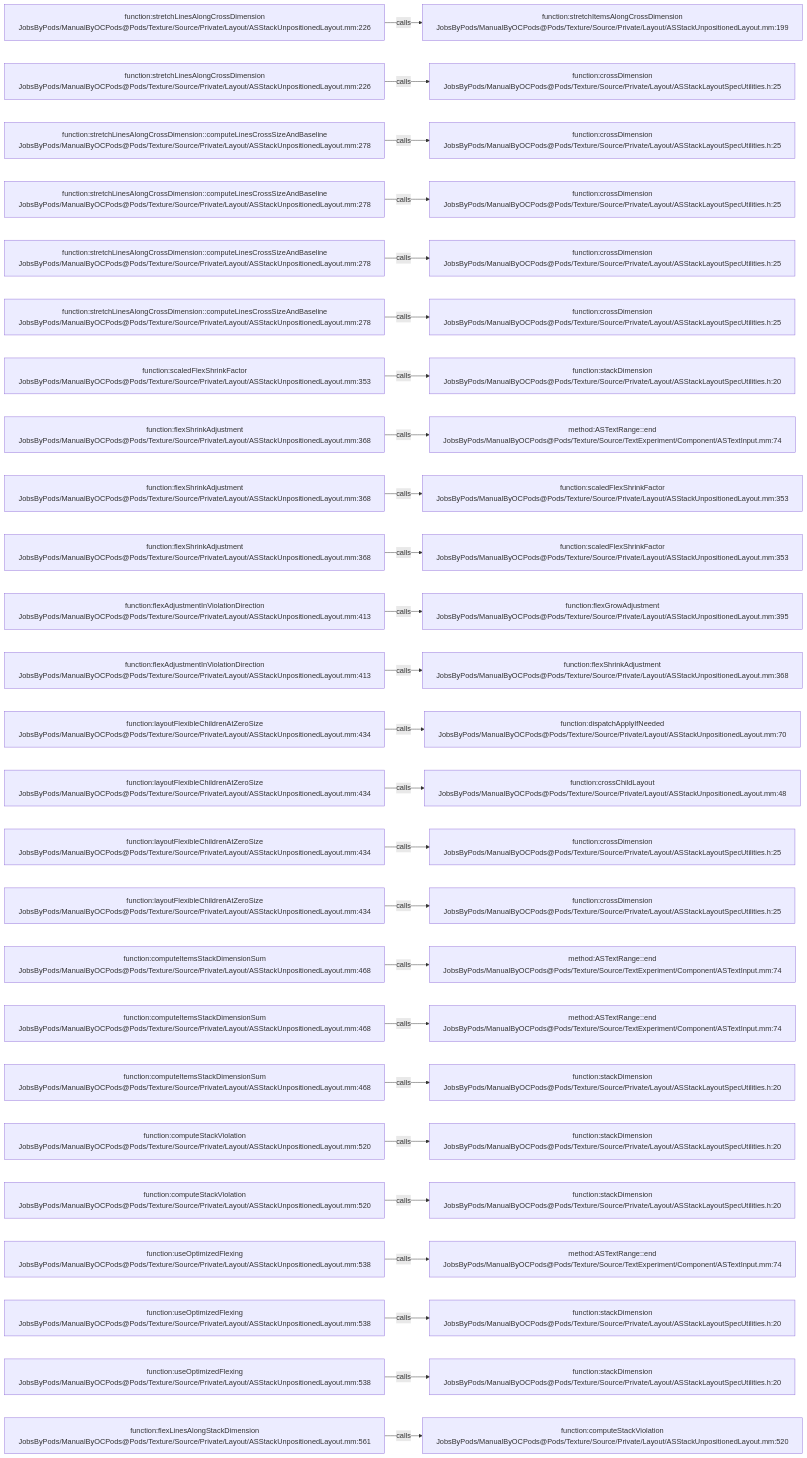
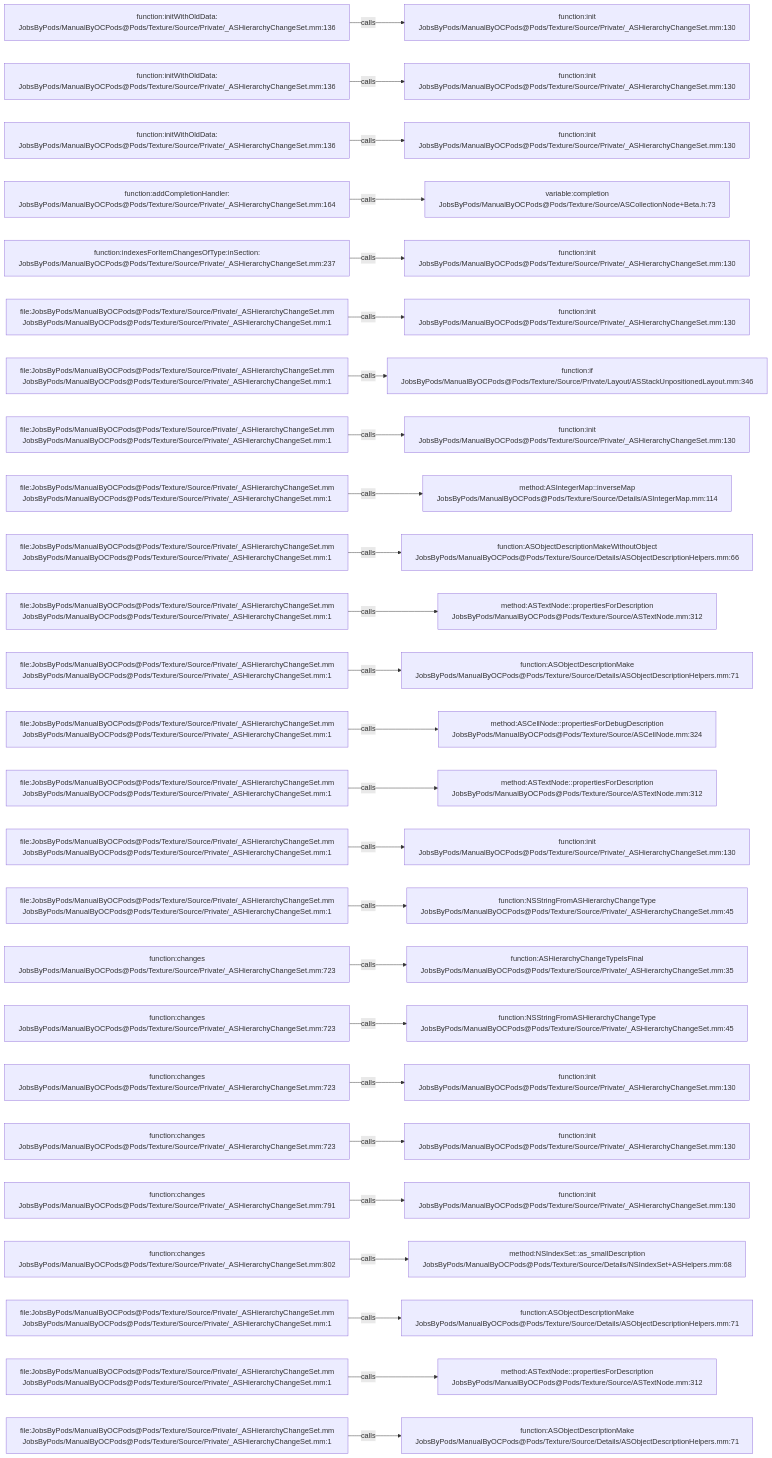
Before and after one commit to JobsKits/JobsOCBaseConfigDemo: the diagram in .codegraph/codegraph.md/graphs/calls-196.md, drawn with Mermaid. The commit also changed 1353 other files, not shown here.

````diff
--- a/.codegraph/codegraph.md/graphs/calls-196.md
+++ b/.codegraph/codegraph.md/graphs/calls-196.md
@@ -13,78 +13,78 @@
 ```mermaid
 flowchart LR
-  S1["function:stretchLinesAlongCrossDimension<br/>JobsByPods/ManualByOCPods@Pods/Texture/Source/Private/Layout/ASStackUnpositionedLayout.mm:226"]
-  T1["function:stretchItemsAlongCrossDimension<br/>JobsByPods/ManualByOCPods@Pods/Texture/Source/Private/Layout/ASStackUnpositionedLayout.mm:199"]
+  S1["function:initWithOldData:<br/>JobsByPods/ManualByOCPods@Pods/Texture/Source/Private/_ASHierarchyChangeSet.mm:136"]
+  T1["function:init<br/>JobsByPods/ManualByOCPods@Pods/Texture/Source/Private/_ASHierarchyChangeSet.mm:130"]
   S1 -->|calls| T1
-  S2["function:stretchLinesAlongCrossDimension<br/>JobsByPods/ManualByOCPods@Pods/Texture/Source/Private/Layout/ASStackUnpositionedLayout.mm:226"]
-  T2["function:crossDimension<br/>JobsByPods/ManualByOCPods@Pods/Texture/Source/Private/Layout/ASStackLayoutSpecUtilities.h:25"]
+  S2["function:initWithOldData:<br/>JobsByPods/ManualByOCPods@Pods/Texture/Source/Private/_ASHierarchyChangeSet.mm:136"]
+  T2["function:init<br/>JobsByPods/ManualByOCPods@Pods/Texture/Source/Private/_ASHierarchyChangeSet.mm:130"]
   S2 -->|calls| T2
-  S3["function:stretchLinesAlongCrossDimension::computeLinesCrossSizeAndBaseline<br/>JobsByPods/ManualByOCPods@Pods/Texture/Source/Private/Layout/ASStackUnpositionedLayout.mm:278"]
-  T3["function:crossDimension<br/>JobsByPods/ManualByOCPods@Pods/Texture/Source/Private/Layout/ASStackLayoutSpecUtilities.h:25"]
+  S3["function:initWithOldData:<br/>JobsByPods/ManualByOCPods@Pods/Texture/Source/Private/_ASHierarchyChangeSet.mm:136"]
+  T3["function:init<br/>JobsByPods/ManualByOCPods@Pods/Texture/Source/Private/_ASHierarchyChangeSet.mm:130"]
   S3 -->|calls| T3
-  S4["function:stretchLinesAlongCrossDimension::computeLinesCrossSizeAndBaseline<br/>JobsByPods/ManualByOCPods@Pods/Texture/Source/Private/Layout/ASStackUnpositionedLayout.mm:278"]
-  T4["function:crossDimension<br/>JobsByPods/ManualByOCPods@Pods/Texture/Source/Private/Layout/ASStackLayoutSpecUtilities.h:25"]
+  S4["function:addCompletionHandler:<br/>JobsByPods/ManualByOCPods@Pods/Texture/Source/Private/_ASHierarchyChangeSet.mm:164"]
+  T4["variable:completion<br/>JobsByPods/ManualByOCPods@Pods/Texture/Source/ASCollectionNode+Beta.h:73"]
   S4 -->|calls| T4
-  S5["function:stretchLinesAlongCrossDimension::computeLinesCrossSizeAndBaseline<br/>JobsByPods/ManualByOCPods@Pods/Texture/Source/Private/Layout/ASStackUnpositionedLayout.mm:278"]
-  T5["function:crossDimension<br/>JobsByPods/ManualByOCPods@Pods/Texture/Source/Private/Layout/ASStackLayoutSpecUtilities.h:25"]
+  S5["function:indexesForItemChangesOfType:inSection:<br/>JobsByPods/ManualByOCPods@Pods/Texture/Source/Private/_ASHierarchyChangeSet.mm:237"]
+  T5["function:init<br/>JobsByPods/ManualByOCPods@Pods/Texture/Source/Private/_ASHierarchyChangeSet.mm:130"]
   S5 -->|calls| T5
-  S6["function:stretchLinesAlongCrossDimension::computeLinesCrossSizeAndBaseline<br/>JobsByPods/ManualByOCPods@Pods/Texture/Source/Private/Layout/ASStackUnpositionedLayout.mm:278"]
-  T6["function:crossDimension<br/>JobsByPods/ManualByOCPods@Pods/Texture/Source/Private/Layout/ASStackLayoutSpecUtilities.h:25"]
+  S6["file:JobsByPods/ManualByOCPods@Pods/Texture/Source/Private/_ASHierarchyChangeSet.mm<br/>JobsByPods/ManualByOCPods@Pods/Texture/Source/Private/_ASHierarchyChangeSet.mm:1"]
+  T6["function:init<br/>JobsByPods/ManualByOCPods@Pods/Texture/Source/Private/_ASHierarchyChangeSet.mm:130"]
   S6 -->|calls| T6
-  S7["function:scaledFlexShrinkFactor<br/>JobsByPods/ManualByOCPods@Pods/Texture/Source/Private/Layout/ASStackUnpositionedLayout.mm:353"]
-  T7["function:stackDimension<br/>JobsByPods/ManualByOCPods@Pods/Texture/Source/Private/Layout/ASStackLayoutSpecUtilities.h:20"]
+  S7["file:JobsByPods/ManualByOCPods@Pods/Texture/Source/Private/_ASHierarchyChangeSet.mm<br/>JobsByPods/ManualByOCPods@Pods/Texture/Source/Private/_ASHierarchyChangeSet.mm:1"]
+  T7["function:if<br/>JobsByPods/ManualByOCPods@Pods/Texture/Source/Private/Layout/ASStackUnpositionedLayout.mm:346"]
   S7 -->|calls| T7
-  S8["function:flexShrinkAdjustment<br/>JobsByPods/ManualByOCPods@Pods/Texture/Source/Private/Layout/ASStackUnpositionedLayout.mm:368"]
-  T8["method:ASTextRange::end<br/>JobsByPods/ManualByOCPods@Pods/Texture/Source/TextExperiment/Component/ASTextInput.mm:74"]
+  S8["file:JobsByPods/ManualByOCPods@Pods/Texture/Source/Private/_ASHierarchyChangeSet.mm<br/>JobsByPods/ManualByOCPods@Pods/Texture/Source/Private/_ASHierarchyChangeSet.mm:1"]
+  T8["function:init<br/>JobsByPods/ManualByOCPods@Pods/Texture/Source/Private/_ASHierarchyChangeSet.mm:130"]
   S8 -->|calls| T8
-  S9["function:flexShrinkAdjustment<br/>JobsByPods/ManualByOCPods@Pods/Texture/Source/Private/Layout/ASStackUnpositionedLayout.mm:368"]
-  T9["function:scaledFlexShrinkFactor<br/>JobsByPods/ManualByOCPods@Pods/Texture/Source/Private/Layout/ASStackUnpositionedLayout.mm:353"]
+  S9["file:JobsByPods/ManualByOCPods@Pods/Texture/Source/Private/_ASHierarchyChangeSet.mm<br/>JobsByPods/ManualByOCPods@Pods/Texture/Source/Private/_ASHierarchyChangeSet.mm:1"]
+  T9["method:ASIntegerMap::inverseMap<br/>JobsByPods/ManualByOCPods@Pods/Texture/Source/Details/ASIntegerMap.mm:114"]
   S9 -->|calls| T9
-  S10["function:flexShrinkAdjustment<br/>JobsByPods/ManualByOCPods@Pods/Texture/Source/Private/Layout/ASStackUnpositionedLayout.mm:368"]
-  T10["function:scaledFlexShrinkFactor<br/>JobsByPods/ManualByOCPods@Pods/Texture/Source/Private/Layout/ASStackUnpositionedLayout.mm:353"]
+  S10["file:JobsByPods/ManualByOCPods@Pods/Texture/Source/Private/_ASHierarchyChangeSet.mm<br/>JobsByPods/ManualByOCPods@Pods/Texture/Source/Private/_ASHierarchyChangeSet.mm:1"]
+  T10["function:ASObjectDescriptionMakeWithoutObject<br/>JobsByPods/ManualByOCPods@Pods/Texture/Source/Details/ASObjectDescriptionHelpers.mm:66"]
   S10 -->|calls| T10
-  S11["function:flexAdjustmentInViolationDirection<br/>JobsByPods/ManualByOCPods@Pods/Texture/Source/Private/Layout/ASStackUnpositionedLayout.mm:413"]
-  T11["function:flexGrowAdjustment<br/>JobsByPods/ManualByOCPods@Pods/Texture/Source/Private/Layout/ASStackUnpositionedLayout.mm:395"]
+  S11["file:JobsByPods/ManualByOCPods@Pods/Texture/Source/Private/_ASHierarchyChangeSet.mm<br/>JobsByPods/ManualByOCPods@Pods/Texture/Source/Private/_ASHierarchyChangeSet.mm:1"]
+  T11["method:ASTextNode::propertiesForDescription<br/>JobsByPods/ManualByOCPods@Pods/Texture/Source/ASTextNode.mm:312"]
   S11 -->|calls| T11
-  S12["function:flexAdjustmentInViolationDirection<br/>JobsByPods/ManualByOCPods@Pods/Texture/Source/Private/Layout/ASStackUnpositionedLayout.mm:413"]
-  T12["function:flexShrinkAdjustment<br/>JobsByPods/ManualByOCPods@Pods/Texture/Source/Private/Layout/ASStackUnpositionedLayout.mm:368"]
+  S12["file:JobsByPods/ManualByOCPods@Pods/Texture/Source/Private/_ASHierarchyChangeSet.mm<br/>JobsByPods/ManualByOCPods@Pods/Texture/Source/Private/_ASHierarchyChangeSet.mm:1"]
+  T12["function:ASObjectDescriptionMake<br/>JobsByPods/ManualByOCPods@Pods/Texture/Source/Details/ASObjectDescriptionHelpers.mm:71"]
   S12 -->|calls| T12
-  S13["function:layoutFlexibleChildrenAtZeroSize<br/>JobsByPods/ManualByOCPods@Pods/Texture/Source/Private/Layout/ASStackUnpositionedLayout.mm:434"]
-  T13["function:dispatchApplyIfNeeded<br/>JobsByPods/ManualByOCPods@Pods/Texture/Source/Private/Layout/ASStackUnpositionedLayout.mm:70"]
+  S13["file:JobsByPods/ManualByOCPods@Pods/Texture/Source/Private/_ASHierarchyChangeSet.mm<br/>JobsByPods/ManualByOCPods@Pods/Texture/Source/Private/_ASHierarchyChangeSet.mm:1"]
+  T13["method:ASCellNode::propertiesForDebugDescription<br/>JobsByPods/ManualByOCPods@Pods/Texture/Source/ASCellNode.mm:324"]
   S13 -->|calls| T13
-  S14["function:layoutFlexibleChildrenAtZeroSize<br/>JobsByPods/ManualByOCPods@Pods/Texture/Source/Private/Layout/ASStackUnpositionedLayout.mm:434"]
-  T14["function:crossChildLayout<br/>JobsByPods/ManualByOCPods@Pods/Texture/Source/Private/Layout/ASStackUnpositionedLayout.mm:48"]
+  S14["file:JobsByPods/ManualByOCPods@Pods/Texture/Source/Private/_ASHierarchyChangeSet.mm<br/>JobsByPods/ManualByOCPods@Pods/Texture/Source/Private/_ASHierarchyChangeSet.mm:1"]
+  T14["method:ASTextNode::propertiesForDescription<br/>JobsByPods/ManualByOCPods@Pods/Texture/Source/ASTextNode.mm:312"]
   S14 -->|calls| T14
-  S15["function:layoutFlexibleChildrenAtZeroSize<br/>JobsByPods/ManualByOCPods@Pods/Texture/Source/Private/Layout/ASStackUnpositionedLayout.mm:434"]
-  T15["function:crossDimension<br/>JobsByPods/ManualByOCPods@Pods/Texture/Source/Private/Layout/ASStackLayoutSpecUtilities.h:25"]
+  S15["file:JobsByPods/ManualByOCPods@Pods/Texture/Source/Private/_ASHierarchyChangeSet.mm<br/>JobsByPods/ManualByOCPods@Pods/Texture/Source/Private/_ASHierarchyChangeSet.mm:1"]
+  T15["function:init<br/>JobsByPods/ManualByOCPods@Pods/Texture/Source/Private/_ASHierarchyChangeSet.mm:130"]
   S15 -->|calls| T15
-  S16["function:layoutFlexibleChildrenAtZeroSize<br/>JobsByPods/ManualByOCPods@Pods/Texture/Source/Private/Layout/ASStackUnpositionedLayout.mm:434"]
-  T16["function:crossDimension<br/>JobsByPods/ManualByOCPods@Pods/Texture/Source/Private/Layout/ASStackLayoutSpecUtilities.h:25"]
+  S16["file:JobsByPods/ManualByOCPods@Pods/Texture/Source/Private/_ASHierarchyChangeSet.mm<br/>JobsByPods/ManualByOCPods@Pods/Texture/Source/Private/_ASHierarchyChangeSet.mm:1"]
+  T16["function:NSStringFromASHierarchyChangeType<br/>JobsByPods/ManualByOCPods@Pods/Texture/Source/Private/_ASHierarchyChangeSet.mm:45"]
   S16 -->|calls| T16
-  S17["function:computeItemsStackDimensionSum<br/>JobsByPods/ManualByOCPods@Pods/Texture/Source/Private/Layout/ASStackUnpositionedLayout.mm:468"]
-  T17["method:ASTextRange::end<br/>JobsByPods/ManualByOCPods@Pods/Texture/Source/TextExperiment/Component/ASTextInput.mm:74"]
+  S17["function:changes<br/>JobsByPods/ManualByOCPods@Pods/Texture/Source/Private/_ASHierarchyChangeSet.mm:723"]
+  T17["function:ASHierarchyChangeTypeIsFinal<br/>JobsByPods/ManualByOCPods@Pods/Texture/Source/Private/_ASHierarchyChangeSet.mm:35"]
   S17 -->|calls| T17
-  S18["function:computeItemsStackDimensionSum<br/>JobsByPods/ManualByOCPods@Pods/Texture/Source/Private/Layout/ASStackUnpositionedLayout.mm:468"]
-  T18["method:ASTextRange::end<br/>JobsByPods/ManualByOCPods@Pods/Texture/Source/TextExperiment/Component/ASTextInput.mm:74"]
+  S18["function:changes<br/>JobsByPods/ManualByOCPods@Pods/Texture/Source/Private/_ASHierarchyChangeSet.mm:723"]
+  T18["function:NSStringFromASHierarchyChangeType<br/>JobsByPods/ManualByOCPods@Pods/Texture/Source/Private/_ASHierarchyChangeSet.mm:45"]
   S18 -->|calls| T18
-  S19["function:computeItemsStackDimensionSum<br/>JobsByPods/ManualByOCPods@Pods/Texture/Source/Private/Layout/ASStackUnpositionedLayout.mm:468"]
-  T19["function:stackDimension<br/>JobsByPods/ManualByOCPods@Pods/Texture/Source/Private/Layout/ASStackLayoutSpecUtilities.h:20"]
+  S19["function:changes<br/>JobsByPods/ManualByOCPods@Pods/Texture/Source/Private/_ASHierarchyChangeSet.mm:723"]
+  T19["function:init<br/>JobsByPods/ManualByOCPods@Pods/Texture/Source/Private/_ASHierarchyChangeSet.mm:130"]
   S19 -->|calls| T19
-  S20["function:computeStackViolation<br/>JobsByPods/ManualByOCPods@Pods/Texture/Source/Private/Layout/ASStackUnpositionedLayout.mm:520"]
-  T20["function:stackDimension<br/>JobsByPods/ManualByOCPods@Pods/Texture/Source/Private/Layout/ASStackLayoutSpecUtilities.h:20"]
+  S20["function:changes<br/>JobsByPods/ManualByOCPods@Pods/Texture/Source/Private/_ASHierarchyChangeSet.mm:723"]
+  T20["function:init<br/>JobsByPods/ManualByOCPods@Pods/Texture/Source/Private/_ASHierarchyChangeSet.mm:130"]
   S20 -->|calls| T20
-  S21["function:computeStackViolation<br/>JobsByPods/ManualByOCPods@Pods/Texture/Source/Private/Layout/ASStackUnpositionedLayout.mm:520"]
-  T21["function:stackDimension<br/>JobsByPods/ManualByOCPods@Pods/Texture/Source/Private/Layout/ASStackLayoutSpecUtilities.h:20"]
+  S21["function:changes<br/>JobsByPods/ManualByOCPods@Pods/Texture/Source/Private/_ASHierarchyChangeSet.mm:791"]
+  T21["function:init<br/>JobsByPods/ManualByOCPods@Pods/Texture/Source/Private/_ASHierarchyChangeSet.mm:130"]
   S21 -->|calls| T21
-  S22["function:useOptimizedFlexing<br/>JobsByPods/ManualByOCPods@Pods/Texture/Source/Private/Layout/ASStackUnpositionedLayout.mm:538"]
-  T22["method:ASTextRange::end<br/>JobsByPods/ManualByOCPods@Pods/Texture/Source/TextExperiment/Component/ASTextInput.mm:74"]
+  S22["function:changes<br/>JobsByPods/ManualByOCPods@Pods/Texture/Source/Private/_ASHierarchyChangeSet.mm:802"]
+  T22["method:NSIndexSet::as_smallDescription<br/>JobsByPods/ManualByOCPods@Pods/Texture/Source/Details/NSIndexSet+ASHelpers.mm:68"]
   S22 -->|calls| T22
-  S23["function:useOptimizedFlexing<br/>JobsByPods/ManualByOCPods@Pods/Texture/Source/Private/Layout/ASStackUnpositionedLayout.mm:538"]
-  T23["function:stackDimension<br/>JobsByPods/ManualByOCPods@Pods/Texture/Source/Private/Layout/ASStackLayoutSpecUtilities.h:20"]
+  S23["file:JobsByPods/ManualByOCPods@Pods/Texture/Source/Private/_ASHierarchyChangeSet.mm<br/>JobsByPods/ManualByOCPods@Pods/Texture/Source/Private/_ASHierarchyChangeSet.mm:1"]
+  T23["function:ASObjectDescriptionMake<br/>JobsByPods/ManualByOCPods@Pods/Texture/Source/Details/ASObjectDescriptionHelpers.mm:71"]
   S23 -->|calls| T23
-  S24["function:useOptimizedFlexing<br/>JobsByPods/ManualByOCPods@Pods/Texture/Source/Private/Layout/ASStackUnpositionedLayout.mm:538"]
-  T24["function:stackDimension<br/>JobsByPods/ManualByOCPods@Pods/Texture/Source/Private/Layout/ASStackLayoutSpecUtilities.h:20"]
+  S24["file:JobsByPods/ManualByOCPods@Pods/Texture/Source/Private/_ASHierarchyChangeSet.mm<br/>JobsByPods/ManualByOCPods@Pods/Texture/Source/Private/_ASHierarchyChangeSet.mm:1"]
+  T24["method:ASTextNode::propertiesForDescription<br/>JobsByPods/ManualByOCPods@Pods/Texture/Source/ASTextNode.mm:312"]
   S24 -->|calls| T24
-  S25["function:flexLinesAlongStackDimension<br/>JobsByPods/ManualByOCPods@Pods/Texture/Source/Private/Layout/ASStackUnpositionedLayout.mm:561"]
-  T25["function:computeStackViolation<br/>JobsByPods/ManualByOCPods@Pods/Texture/Source/Private/Layout/ASStackUnpositionedLayout.mm:520"]
+  S25["file:JobsByPods/ManualByOCPods@Pods/Texture/Source/Private/_ASHierarchyChangeSet.mm<br/>JobsByPods/ManualByOCPods@Pods/Texture/Source/Private/_ASHierarchyChangeSet.mm:1"]
+  T25["function:ASObjectDescriptionMake<br/>JobsByPods/ManualByOCPods@Pods/Texture/Source/Details/ASObjectDescriptionHelpers.mm:71"]
   S25 -->|calls| T25
 ```
````
